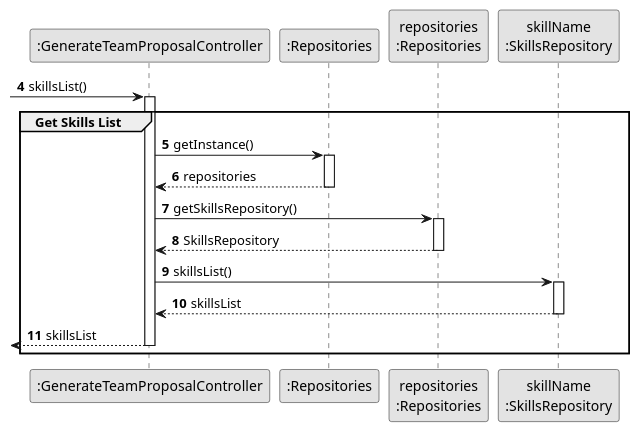
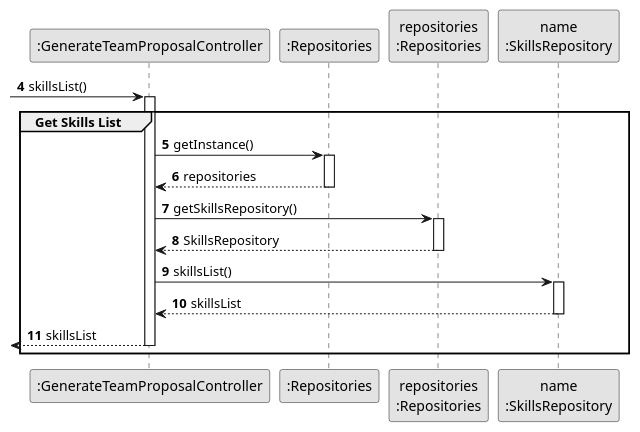
Before and after one commit to 1231360-ISEP/lei-24-s2-1db-g021: the diagram in docs/sprint2/us005/03.design/puml/us005-sequence-diagram-partial-skills-list.puml, drawn with PlantUML. The commit also changed 22 other files, not shown here.

Commit message:
Update US01 and US05 - Class Diagram and SVG.

```diff
--- a/docs/sprint2/us005/03.design/puml/us005-sequence-diagram-partial-skills-list.puml
+++ b/docs/sprint2/us005/03.design/puml/us005-sequence-diagram-partial-skills-list.puml
@@ -1,43 +1,43 @@
 @startuml
 skinparam monochrome true
 skinparam packageStyle rectangle
 skinparam shadowing false
 
 autonumber
 
 participant ":GenerateTeamProposalController" as CTRL
 participant ":Repositories" as RepositorySingleton
 participant "repositories\n:Repositories" as PLAT
-participant "skillName\n:SkillsRepository" as SkillsRepository
+participant "name\n:SkillsRepository" as SkillsRepository
 
 autonumber 4
 -> CTRL : skillsList()
 
 activate CTRL
 
 group Get Skills List
 
     CTRL -> RepositorySingleton : getInstance()
 activate RepositorySingleton
 
 RepositorySingleton --> CTRL: repositories
 deactivate RepositorySingleton
 
     CTRL -> PLAT : getSkillsRepository()
 activate PLAT
 
 PLAT --> CTRL: SkillsRepository
 deactivate PLAT
 
     CTRL -> SkillsRepository : skillsList()
 activate SkillsRepository
 
 SkillsRepository --> CTRL : skillsList
 deactivate SkillsRepository
 
 <-- CTRL : skillsList
 deactivate CTRL
 
 end
 
 @enduml
```
